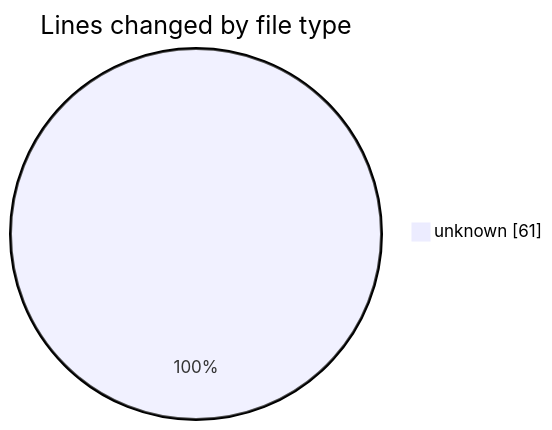
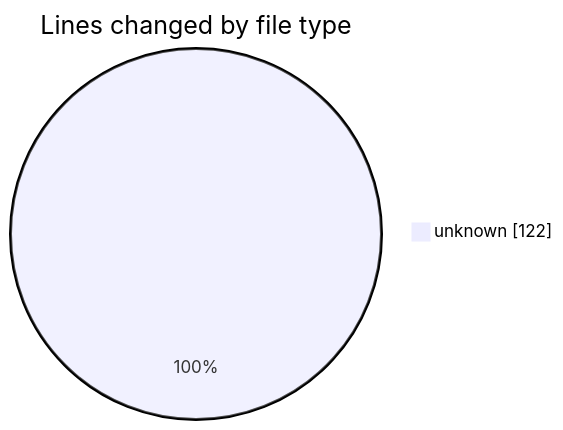
The first of 2 diagrams in 2025-08-03/netprobe_lite/README.md (donsfak/code-tracking), drawn with Mermaid before and after one commit. The commit also changed other lines of this file and 1 other file, not shown here.

````diff
--- a/2025-08-03/netprobe_lite/README.md
+++ b/2025-08-03/netprobe_lite/README.md
@@ -20,5 +20,5 @@
 ```mermaid
 pie showData
 title Lines changed by file type
-"unknown" : 61
+"unknown" : 122
 ```
````
